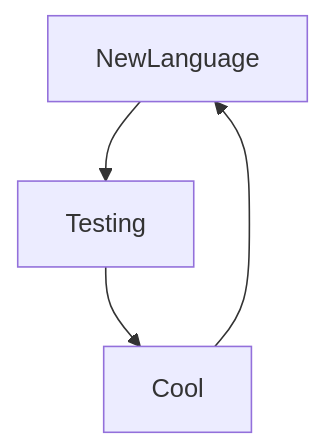
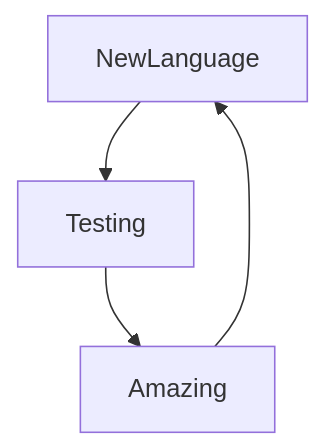
The diagram in README.md (Badara-Seydi/Badara-Seydi), drawn with Mermaid before and after one commit.

````diff
--- a/README.md
+++ b/README.md
@@ -27,6 +27,6 @@
 ```mermaid
   graph TD;
       NewLanguage-->Testing;
-      Testing-->Cool;
-      Cool-->NewLanguage;
+      Testing-->Amazing;
+      Amazing-->NewLanguage;
 ```
````
